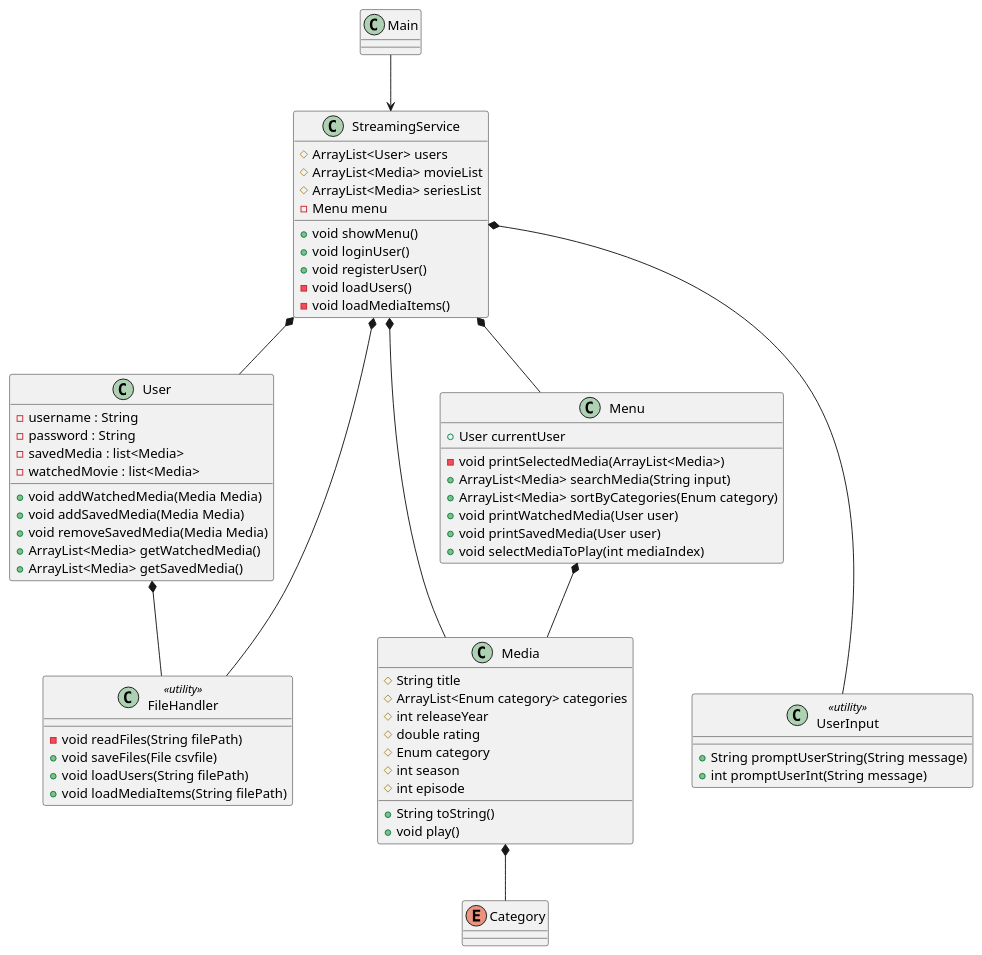
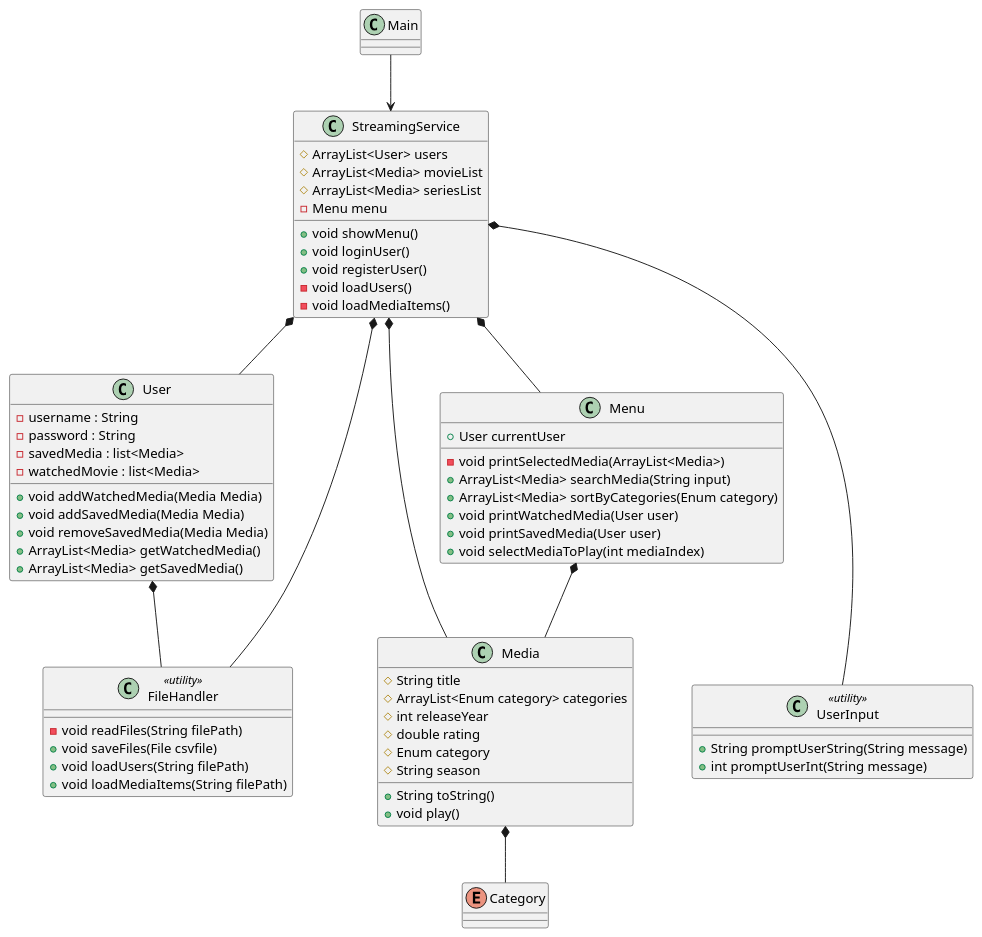
One commit to Max-Rasmussen/SP3-StreamingService changed the diagram in UML DIagram/classDiagramV2.puml. Above: the diagram before and after it, drawn with PlantUML.

```diff
--- a/UML DIagram/classDiagramV2.puml
+++ b/UML DIagram/classDiagramV2.puml
@@ -1,106 +1,106 @@
 @startuml
 
 
 
 
 '==Variabler og methods===
 
 class User{
 - username : String
 - password : String
 - savedMedia : list<Media>
 - watchedMovie : list<Media>
 
 
 + void addWatchedMedia(Media Media)
 + void addSavedMedia(Media Media)
 + void removeSavedMedia(Media Media)
 + ArrayList<Media> getWatchedMedia()
 + ArrayList<Media> getSavedMedia()
 
 }
 
 class Media{
 # String title
 # ArrayList<Enum category> categories
 # int releaseYear
 # double rating
 # Enum category
-# int season
-# int episode
+# String season
+
 
 + String toString()
 + void play()
 
 
 }
 
 class Main
 
 
 enum Category
 class StreamingService{
 # ArrayList<User> users
 # ArrayList<Media> movieList
 # ArrayList<Media> seriesList
 - Menu menu
 
 + void showMenu()
 + void loginUser()
 + void registerUser()
 - void loadUsers()
 - void loadMediaItems()
 
 
 }
 class FileHandler <<utility>> {
 
 - void readFiles(String filePath)
 + void saveFiles(File csvfile)
 + void loadUsers(String filePath)
 + void loadMediaItems(String filePath)
 
 
 
 
 }
 
 
 class UserInput <<utility>>{
 
 
 +String promptUserString(String message)
 +int promptUserInt(String message)
 
 }
 class Menu{
 +User currentUser
 
 - void printSelectedMedia(ArrayList<Media>)
 + ArrayList<Media> searchMedia(String input)
 + ArrayList<Media> sortByCategories(Enum category)
 + void printWatchedMedia(User user)
 + void printSavedMedia(User user)
 + void selectMediaToPlay(int mediaIndex)
 
 }
 
 
 '==ARV===
 
 User *-- FileHandler
 StreamingService *-- FileHandler
 
 Menu *-- Media
 
 Main --> StreamingService
 
 StreamingService *--- UserInput
 StreamingService *-- Media
 StreamingService *-- Menu
 StreamingService *-- User
 Media *-- Category
 
 
 
 @enduml
```
